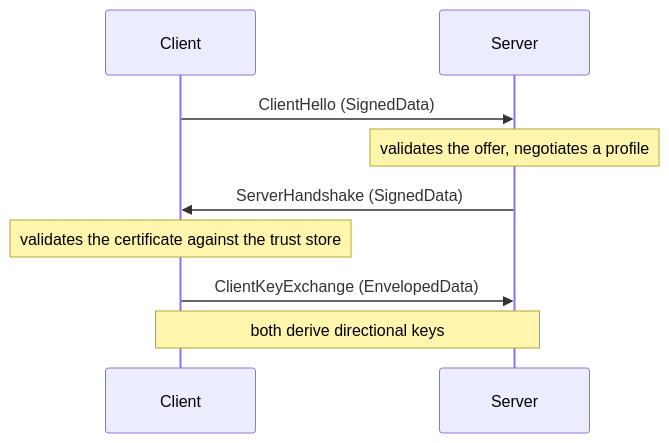
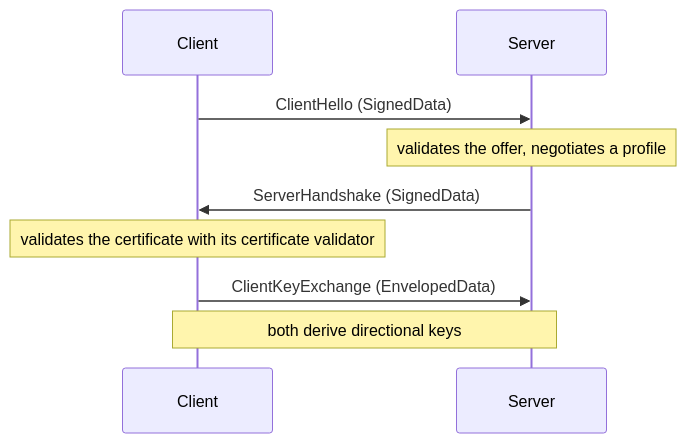
Before and after one commit to wahidgroup/tightbeam: the second of 7 diagrams in docs/handshake.md, drawn with Mermaid. The commit also changed other lines of this file and 45 other files, not shown here.

````diff
--- a/docs/handshake.md
+++ b/docs/handshake.md
@@ -82,11 +84,11 @@
 ```mermaid
 sequenceDiagram
     participant C as Client
     participant S as Server
     C->>S: ClientHello (SignedData)
     Note over S: validates the offer, negotiates a profile
     S->>C: ServerHandshake (SignedData)
-    Note over C: validates the certificate against the trust store
+    Note over C: validates the certificate with its certificate validator
     C->>S: ClientKeyExchange (EnvelopedData)
     Note over C,S: both derive directional keys
 ```
````
